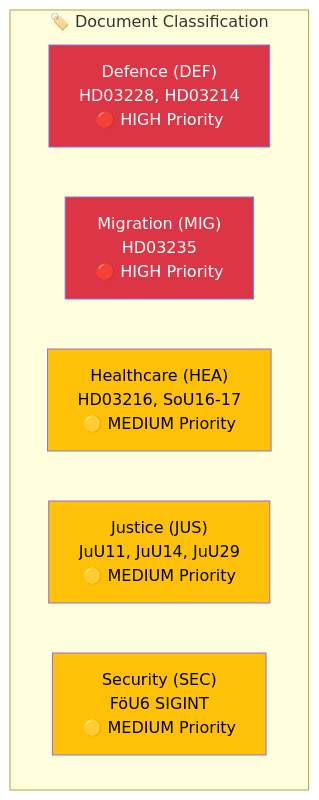
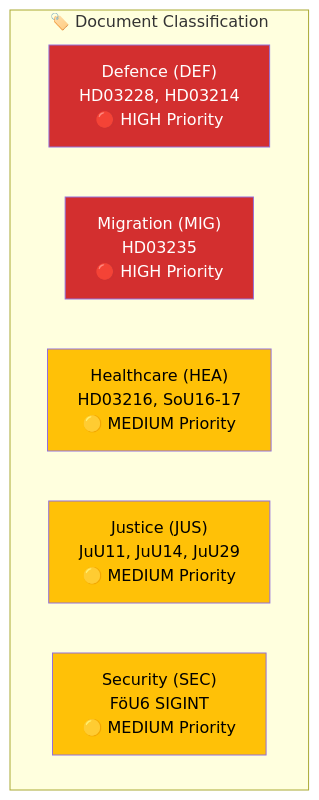
One commit to Hack23/riksdagsmonitor changed the diagram in analysis/daily/2026-04-01/classification-results.md. Above: the diagram before and after it, drawn with Mermaid. The commit also changed 785 other files, not shown here.

First line of the commit message:
Normalize mermaid colors across 786 analysis artifacts to ISMS Style Guide palette

````diff
--- a/analysis/daily/2026-04-01/classification-results.md
+++ b/analysis/daily/2026-04-01/classification-results.md
@@ -11,16 +11,16 @@
 ```mermaid
 graph TD
     subgraph "🏷️ Document Classification"
         DEF["Defence (DEF)<br/>HD03228, HD03214<br/>🔴 HIGH Priority"]
         MIG["Migration (MIG)<br/>HD03235<br/>🔴 HIGH Priority"]
         HEA["Healthcare (HEA)<br/>HD03216, SoU16-17<br/>🟡 MEDIUM Priority"]
         JUS["Justice (JUS)<br/>JuU11, JuU14, JuU29<br/>🟡 MEDIUM Priority"]
         SEC["Security (SEC)<br/>FöU6 SIGINT<br/>🟡 MEDIUM Priority"]
     end
 
-    style DEF fill:#dc3545,color:#fff
-    style MIG fill:#dc3545,color:#fff
-    style HEA fill:#ffc107,color:#000
-    style JUS fill:#ffc107,color:#000
-    style SEC fill:#ffc107,color:#000
+    style DEF fill:#D32F2F,color:#FFFFFF
+    style MIG fill:#D32F2F,color:#FFFFFF
+    style HEA fill:#FFC107,color:#000000
+    style JUS fill:#FFC107,color:#000000
+    style SEC fill:#FFC107,color:#000000
 ```
````
